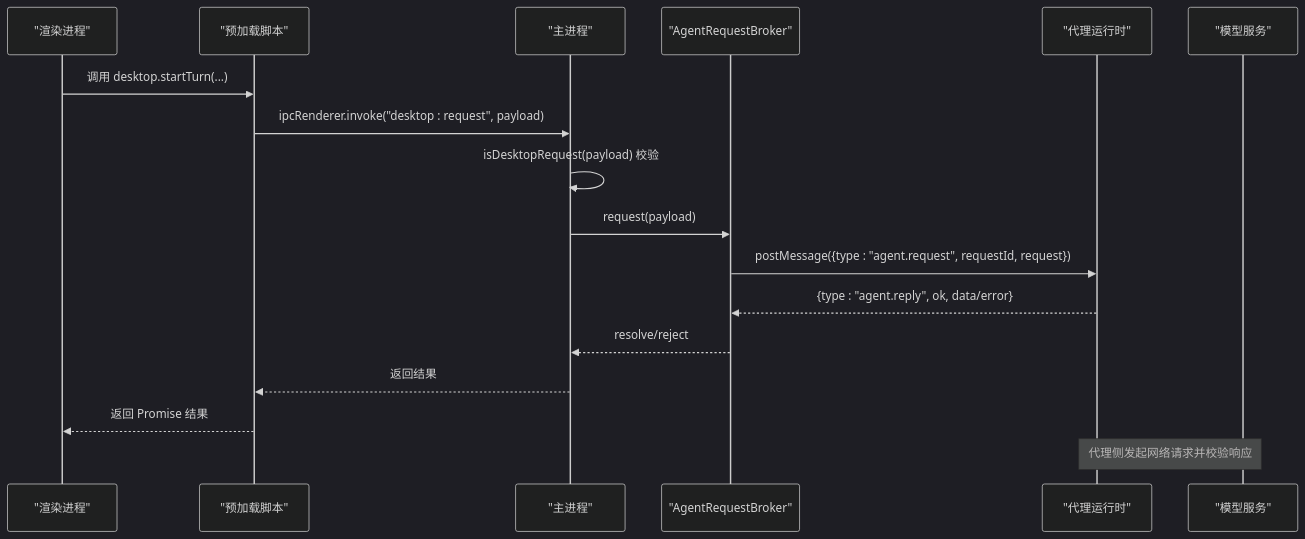
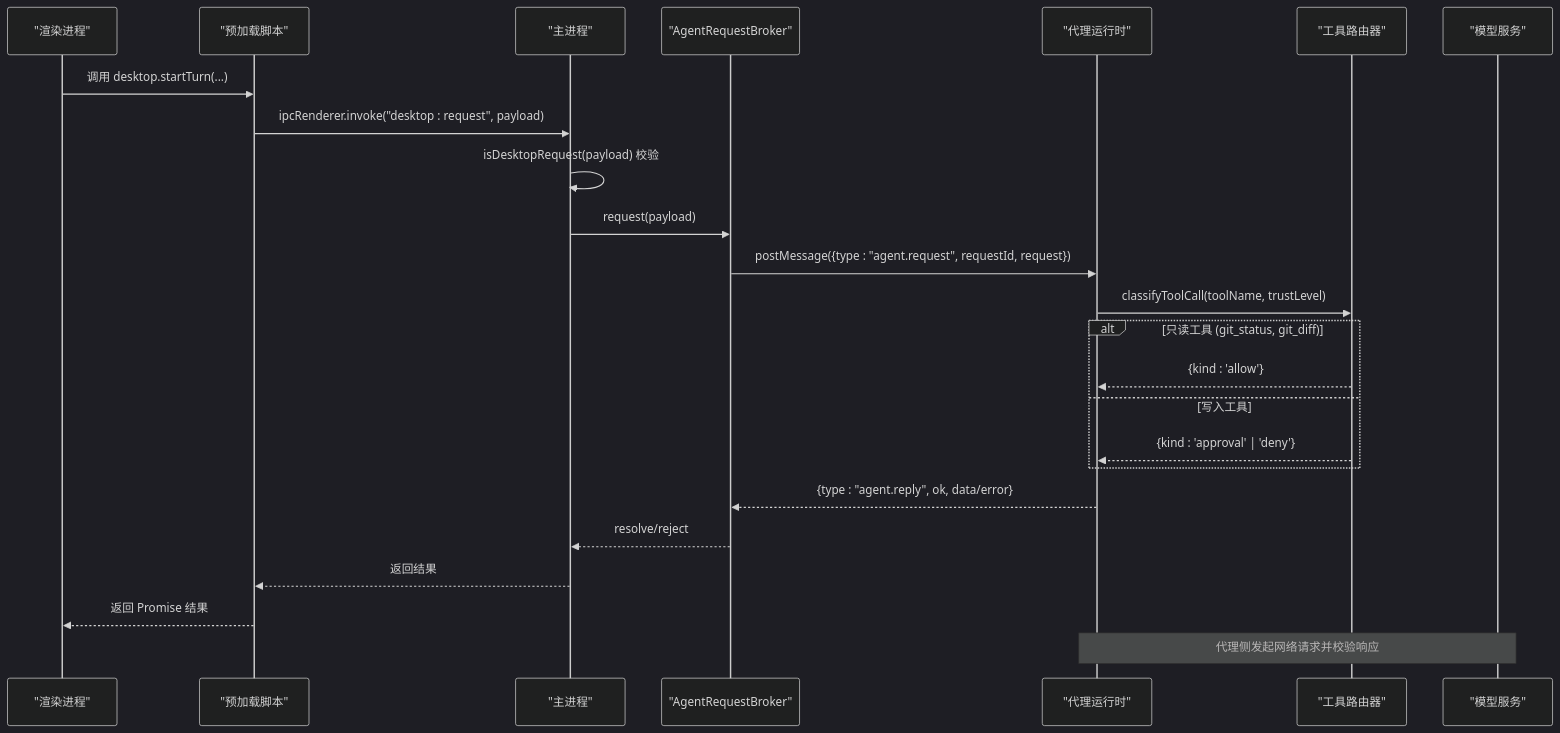
Before and after one commit to dyx-9163/ai-aifar: the second of 10 diagrams in .qoder/repowiki/zh/content/架构设计/安全模型/安全模型.md, drawn with Mermaid (dark theme). The commit also changed other lines of this file and 34 other files, not shown here.

````diff
--- a/.qoder/repowiki/zh/content/架构设计/安全模型/安全模型.md
+++ b/.qoder/repowiki/zh/content/架构设计/安全模型/安全模型.md
@@ -85,19 +102,26 @@
 ```mermaid
 sequenceDiagram
 participant R as "渲染进程"
 participant P as "预加载脚本"
 participant M as "主进程"
 participant B as "AgentRequestBroker"
 participant W as "代理运行时"
+participant T as "工具路由器"
 participant S as "模型服务"
 R->>P : 调用 desktop.startTurn(...)
 P->>M : ipcRenderer.invoke("desktop : request", payload)
 M->>M : isDesktopRequest(payload) 校验
 M->>B : request(payload)
 B->>W : postMessage({type : "agent.request", requestId, request})
+W->>T : classifyToolCall(toolName, trustLevel)
+alt 只读工具 (git_status, git_diff)
+T-->>W : {kind : 'allow'}
+else 写入工具
+T-->>W : {kind : 'approval' | 'deny'}
+end
 W-->>B : {type : "agent.reply", ok, data/error}
 B-->>M : resolve/reject
 M-->>P : 返回结果
 P-->>R : 返回 Promise 结果
 Note over W,S : 代理侧发起网络请求并校验响应
 ```
````
